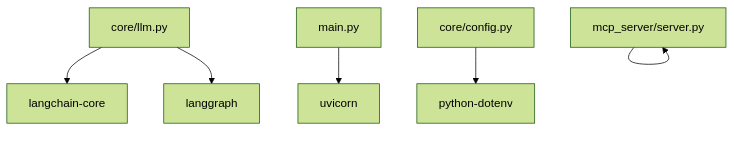
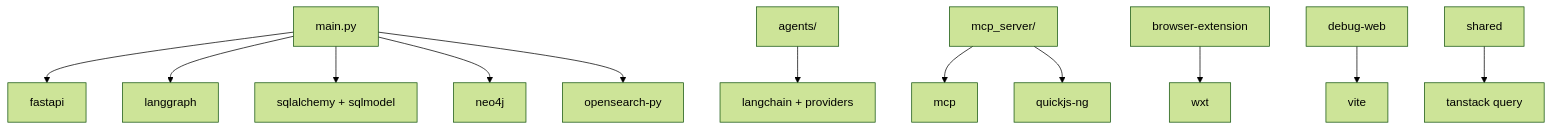
Before and after one commit to tashifkhan/tashif.codes: the fifth of 5 diagrams in src/data/docs/agentic-browser/Project Overview.md, drawn with Mermaid (forest theme). The commit also changed other lines of this file and 114 other files, not shown here.

````diff
--- a/src/data/docs/agentic-browser/Project Overview.md
+++ b/src/data/docs/agentic-browser/Project Overview.md
@@ -221,13 +161,14 @@
 ```mermaid
 graph TB
-LCA["langchain-core"]
-LCG["langgraph"]
-MCP["mcp"]
-UVI["uvicorn"]
-DOT["python-dotenv"]
-LLM["core/llm.py"] --> LCA
-LLM --> LCG
-MCP["mcp_server/server.py"] --> MCP
-API["main.py"] --> UVI
-CFG["core/config.py"] --> DOT
+  API["main.py"] --> FastAPI["fastapi"]
+  API --> LangGraph["langgraph"]
+  API --> SQL["sqlalchemy + sqlmodel"]
+  API --> Neo["neo4j"]
+  API --> OS["opensearch-py"]
+  Agents["agents/"] --> LangChain["langchain + providers"]
+  MCP["mcp_server/"] --> SDK["mcp"]
+  MCP --> QuickJS["quickjs-ng"]
+  Extension["browser-extension"] --> WXT["wxt"]
+  Console["debug-web"] --> Vite["vite"]
+  Both["shared"] --> Query["tanstack query"]
 ```
````
